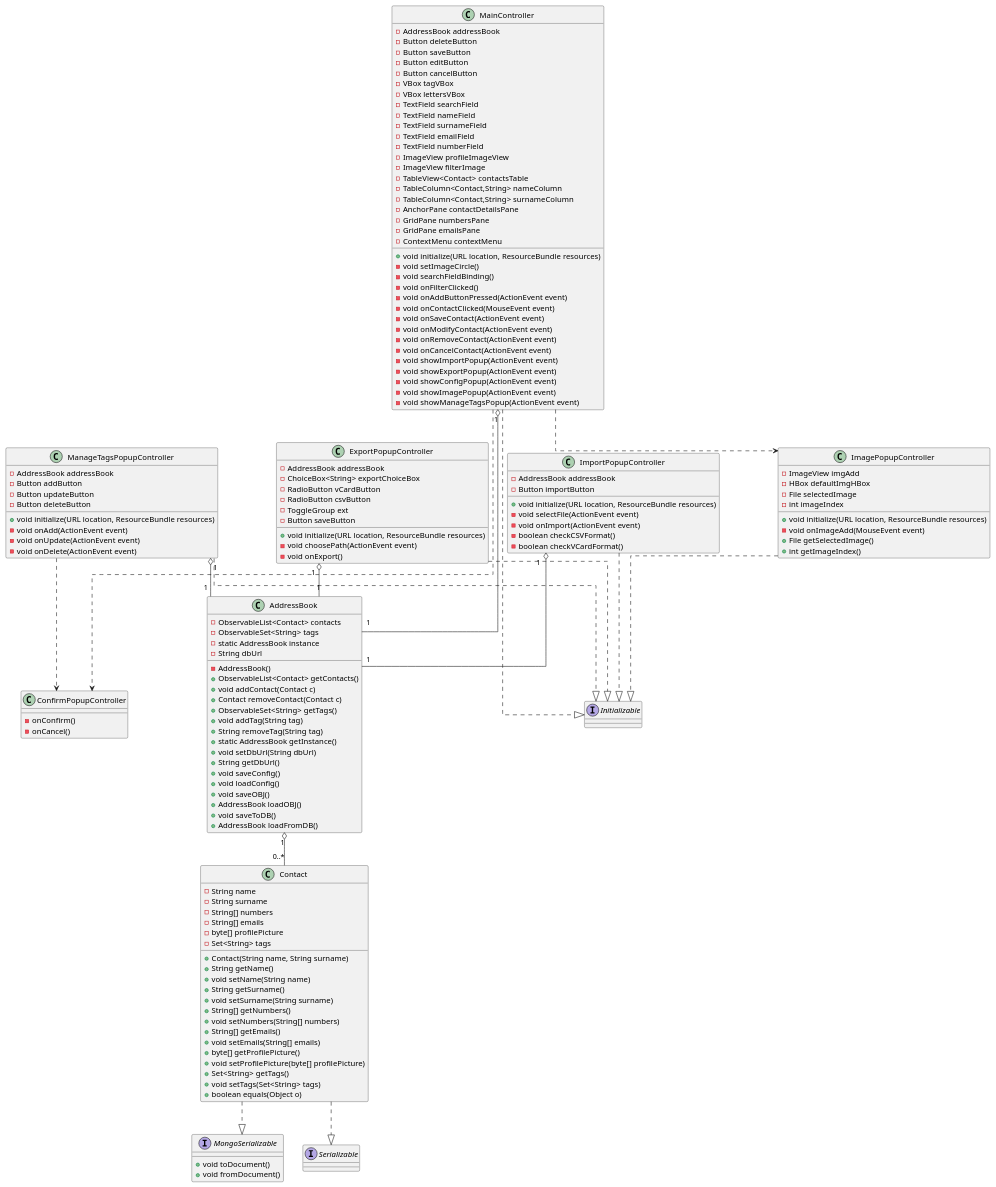
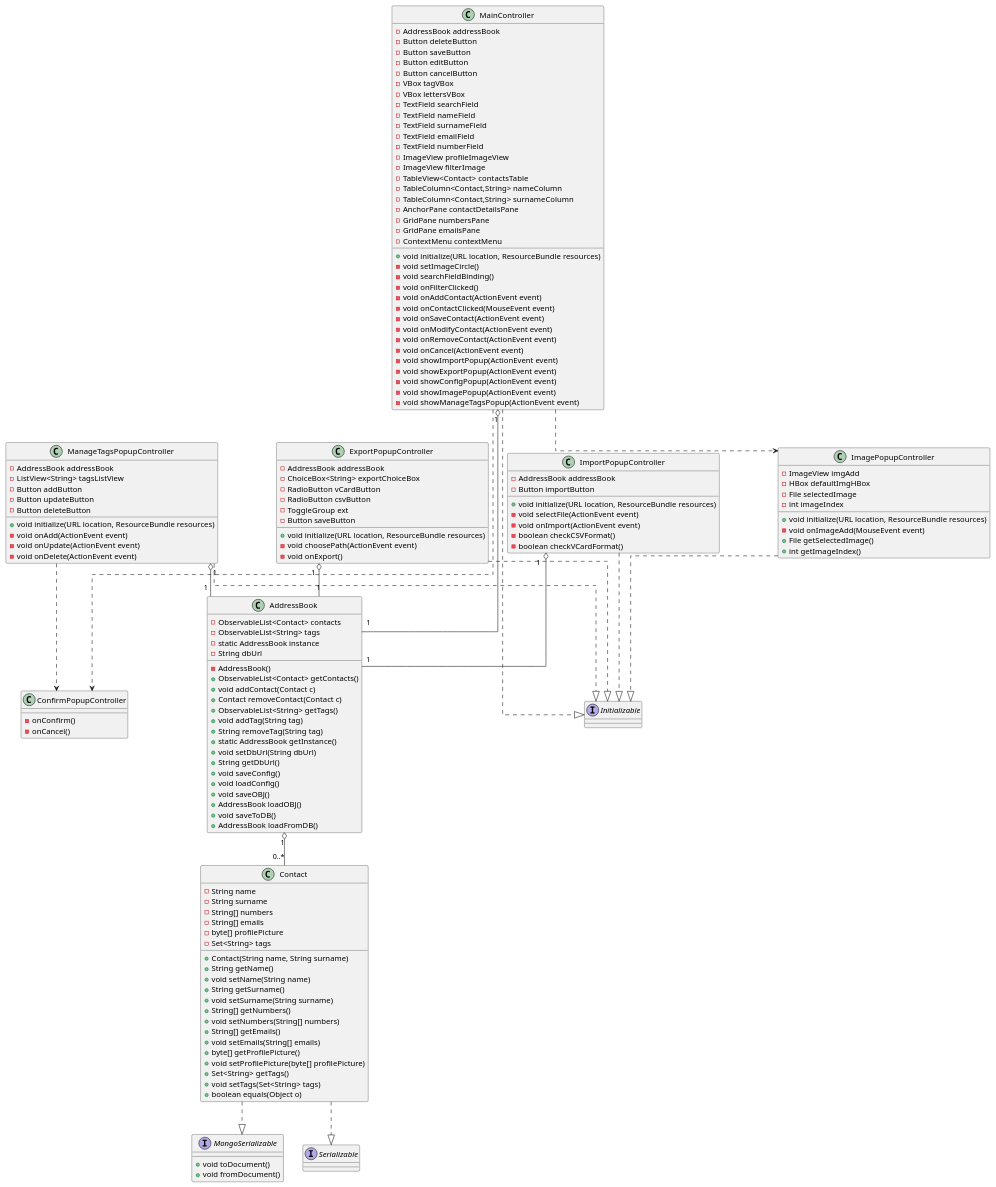
The diagram in documenti/diagrammaClassi.puml (savaava/ProgettoRubrica), drawn with PlantUML before and after one commit. The commit also changed 1 other file, not shown here.

Commit message:
refact dei diagrammi di classe

```diff
--- a/documenti/diagrammaClassi.puml
+++ b/documenti/diagrammaClassi.puml
@@ -1,177 +1,177 @@
 @startuml DiagrammaDelleClassi
 skinparam linetype ortho
 'left to right direction
 
 class Contact {
     - String name 
     - String surname 
     - String[] numbers
     - String[] emails
     - byte[] profilePicture
     - Set<String> tags
 
     + Contact(String name, String surname)
     + String getName()
     + void setName(String name)
     + String getSurname()
     + void setSurname(String surname)
     + String[] getNumbers()
     + void setNumbers(String[] numbers)
     + String[] getEmails()
     + void setEmails(String[] emails)
     + byte[] getProfilePicture()
     + void setProfilePicture(byte[] profilePicture)
     + Set<String> getTags()
     + void setTags(Set<String> tags)
     + boolean equals(Object o)
     
 }
 
 interface MongoSerializable {
     +void toDocument() 
     +void fromDocument()
 }
 
 Contact ..|> MongoSerializable
 
 class AddressBook {
     - ObservableList<Contact> contacts
-    - ObservableSet<String> tags
+    - ObservableList<String> tags
     - static AddressBook instance
     - String dbUrl 
 
     - AddressBook()
     + ObservableList<Contact> getContacts()
     + void addContact(Contact c)
     + Contact removeContact(Contact c)
-    + ObservableSet<String> getTags()
+    + ObservableList<String> getTags()
     + void addTag(String tag)
     + String removeTag(String tag)
     + static AddressBook getInstance()
     + void setDbUrl(String dbUrl)
     + String getDbUrl()    
     + void saveConfig()
     + void loadConfig()
     + void saveOBJ()
     + AddressBook loadOBJ()
     + void saveToDB()
-    + AddressBook loadFromDB()
-    
+    + AddressBook loadFromDB()    
 }
 
 interface Serializable
 Contact ..|> Serializable
 AddressBook "1" o-- "0..*" Contact
 
 class MainController {
     - AddressBook addressBook
     - Button deleteButton
     - Button saveButton
     - Button editButton
     - Button cancelButton
     - VBox tagVBox
     - VBox lettersVBox
     - TextField searchField
     - TextField nameField
     - TextField surnameField
     - TextField emailField
     - TextField numberField
     - ImageView profileImageView
     - ImageView filterImage
     - TableView<Contact> contactsTable
     - TableColumn<Contact,String> nameColumn
     - TableColumn<Contact,String> surnameColumn
     - AnchorPane contactDetailsPane
     - GridPane numbersPane
     - GridPane emailsPane
     - ContextMenu contextMenu
 
     + void initialize(URL location, ResourceBundle resources)
     - void setImageCircle()
     - void searchFieldBinding()    
     - void onFilterClicked()
-    - void onAddButtonPressed(ActionEvent event)
+    - void onAddContact(ActionEvent event)
     - void onContactClicked(MouseEvent event)
     - void onSaveContact(ActionEvent event)
     - void onModifyContact(ActionEvent event)
     - void onRemoveContact(ActionEvent event)
-    - void onCancelContact(ActionEvent event)
+    - void onCancel(ActionEvent event)
     - void showImportPopup(ActionEvent event)
     - void showExportPopup(ActionEvent event)
     - void showConfigPopup(ActionEvent event)
     - void showImagePopup(ActionEvent event)
     - void showManageTagsPopup(ActionEvent event)
 }
 
 MainController ..> ImagePopupController
 
 
 interface Initializable
 MainController ..|> Initializable
 MainController "1" o-- "1" AddressBook
 
 class ImportPopupController {
     - AddressBook addressBook
     - Button importButton
     + void initialize(URL location, ResourceBundle resources)
     - void selectFile(ActionEvent event)
     - void onImport(ActionEvent event)
     - boolean checkCSVFormat()
     - boolean checkVCardFormat()
 }
 
 ImportPopupController ..|> Initializable
 ImportPopupController "1" o-- "1" AddressBook
 
 class ExportPopupController {
     - AddressBook addressBook
     - ChoiceBox<String> exportChoiceBox
     - RadioButton vCardButton
     - RadioButton csvButton
     - ToggleGroup ext
     - Button saveButton
 
     + void initialize(URL location, ResourceBundle resources)
     - void choosePath(ActionEvent event)
     - void onExport()
 }
 
 ExportPopupController ..|> Initializable
 ExportPopupController "1" o-- "1" AddressBook
 
 class ManageTagsPopupController {
     - AddressBook addressBook
+    - ListView<String> tagsListView
     - Button addButton
     - Button updateButton
     - Button deleteButton
 
     + void initialize(URL location, ResourceBundle resources)
     - void onAdd(ActionEvent event)
     - void onUpdate(ActionEvent event)
     - void onDelete(ActionEvent event)
 }
 
 ManageTagsPopupController ..|> Initializable
 ManageTagsPopupController "1" o-- "1" AddressBook
 
 class ImagePopupController {
     - ImageView imgAdd
     - HBox defaultImgHBox
     - File selectedImage
     - int imageIndex
 
     + void initialize(URL location, ResourceBundle resources)
     - void onImageAdd(MouseEvent event)
     + File getSelectedImage()
     + int getImageIndex()
 }
 ImagePopupController ..|> Initializable
 
 class ConfirmPopupController {
     - onConfirm()
     - onCancel()
 }
 MainController ..> ConfirmPopupController
 ManageTagsPopupController ..> ConfirmPopupController
 
 @enduml
```
